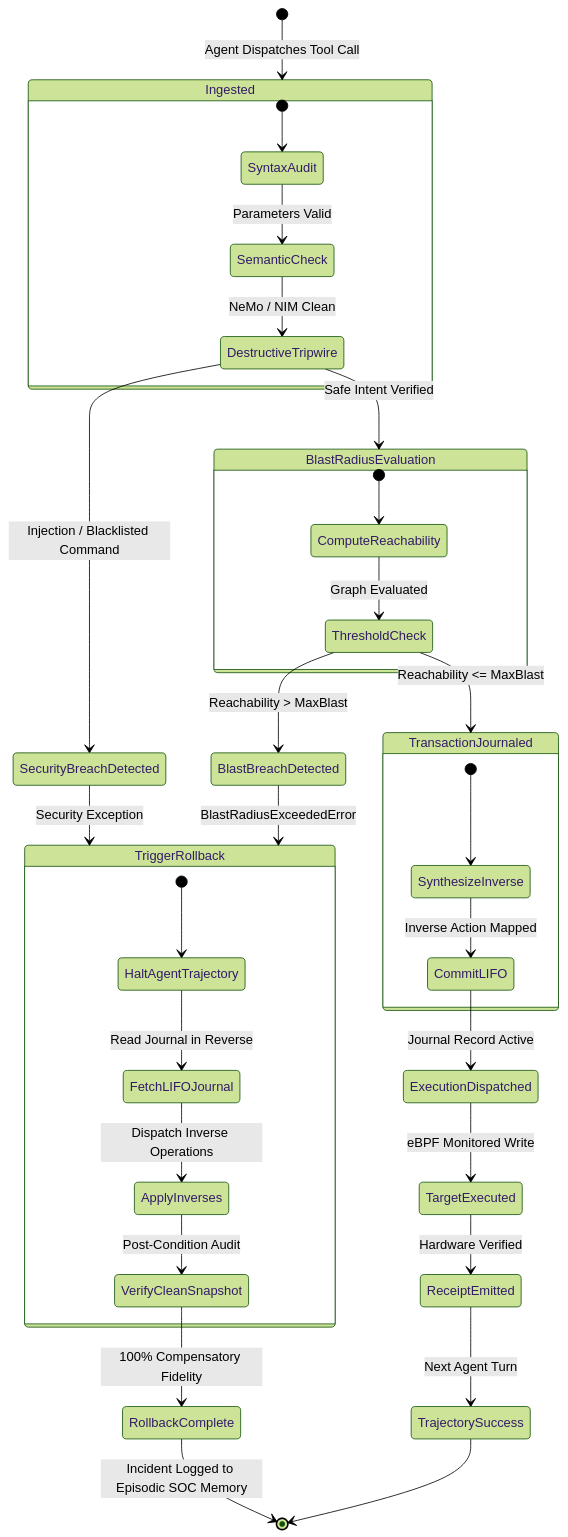
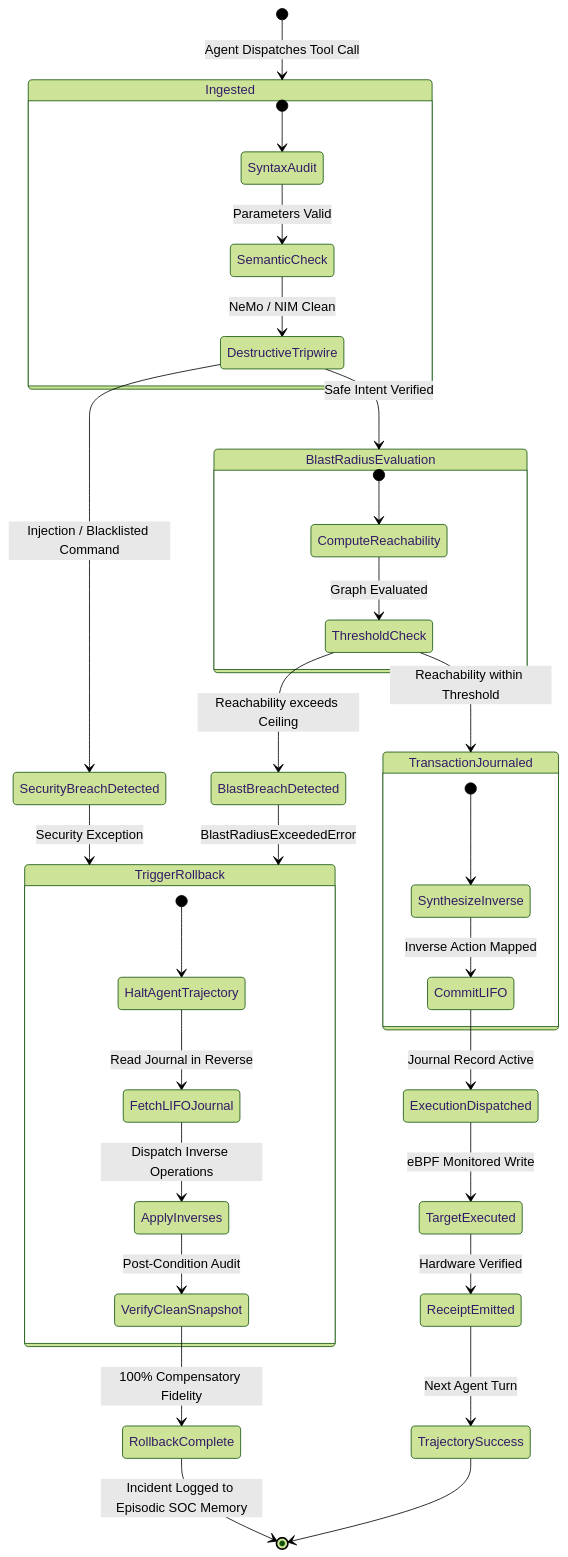
Before and after one commit to AAH20/a2z-agentic-hypervisor: the fourth of 5 diagrams in README.md, drawn with Mermaid (forest theme). The commit also changed other lines of this file and 1 other file, not shown here.

Commit message:
docs: replace ASCII diagram and enhance all Mermaid architecture diagrams using diagram-design standards

````diff
--- a/README.md
+++ b/README.md
@@ -149,45 +182,45 @@
 ```mermaid
 stateDiagram-v2
     [*] --> Ingested: Agent Dispatches Tool Call
     
     state Ingested {
         [*] --> SyntaxAudit
         SyntaxAudit --> SemanticCheck: Parameters Valid
         SemanticCheck --> DestructiveTripwire: NeMo / NIM Clean
     }
 
     DestructiveTripwire --> BlastRadiusEvaluation: Safe Intent Verified
     DestructiveTripwire --> SecurityBreachDetected: Injection / Blacklisted Command
 
     state BlastRadiusEvaluation {
         [*] --> ComputeReachability
         ComputeReachability --> ThresholdCheck: Graph Evaluated
     }
 
-    ThresholdCheck --> TransactionJournaled: Reachability <= MaxBlast
-    ThresholdCheck --> BlastBreachDetected: Reachability > MaxBlast
+    ThresholdCheck --> TransactionJournaled: Reachability within Threshold
+    ThresholdCheck --> BlastBreachDetected: Reachability exceeds Ceiling
 
     state TransactionJournaled {
         [*] --> SynthesizeInverse
         SynthesizeInverse --> CommitLIFO: Inverse Action Mapped
     }
 
     CommitLIFO --> ExecutionDispatched: Journal Record Active
     ExecutionDispatched --> TargetExecuted: eBPF Monitored Write
     TargetExecuted --> ReceiptEmitted: Hardware Verified
     ReceiptEmitted --> TrajectorySuccess: Next Agent Turn
 
     SecurityBreachDetected --> TriggerRollback: Security Exception
     BlastBreachDetected --> TriggerRollback: BlastRadiusExceededError
 
     state TriggerRollback {
         [*] --> HaltAgentTrajectory
         HaltAgentTrajectory --> FetchLIFOJournal: Read Journal in Reverse
         FetchLIFOJournal --> ApplyInverses: Dispatch Inverse Operations
         ApplyInverses --> VerifyCleanSnapshot: Post-Condition Audit
     }
 
     VerifyCleanSnapshot --> RollbackComplete: 100% Compensatory Fidelity
     RollbackComplete --> [*]: Incident Logged to Episodic SOC Memory
     TrajectorySuccess --> [*]
 ```
````
